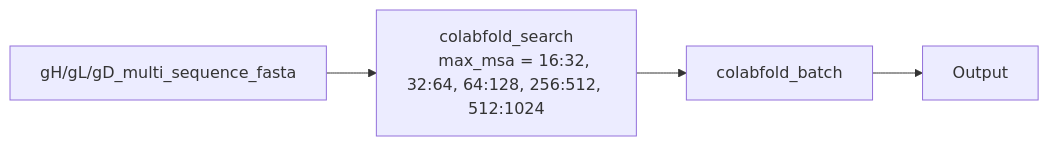
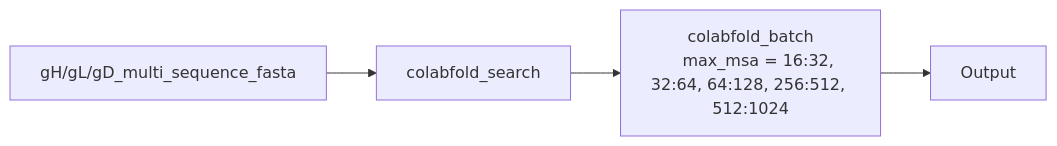
One commit to ntnn19/Tom_Topf changed the third of 6 diagrams in README.md. Above: the diagram before and after it, drawn with Mermaid.

Commit message:
modified strategy_1 to support multiple max_msa values at the prediction step

````diff
--- a/README.md
+++ b/README.md
@@ -27,5 +27,5 @@
 ```mermaid
 graph LR;
-    gH/gL/gD_multi_sequence_fasta --> id1["colabfold_search
-    max_msa = 16:32, 32:64, 64:128, 256:512, 512:1024"] --> colabfold_batch --> Output;
+    gH/gL/gD_multi_sequence_fasta --> id1["colabfold_search"] --> id2["colabfold_batch
+    max_msa = 16:32, 32:64, 64:128, 256:512, 512:1024"] --> Output;
 ```
````
